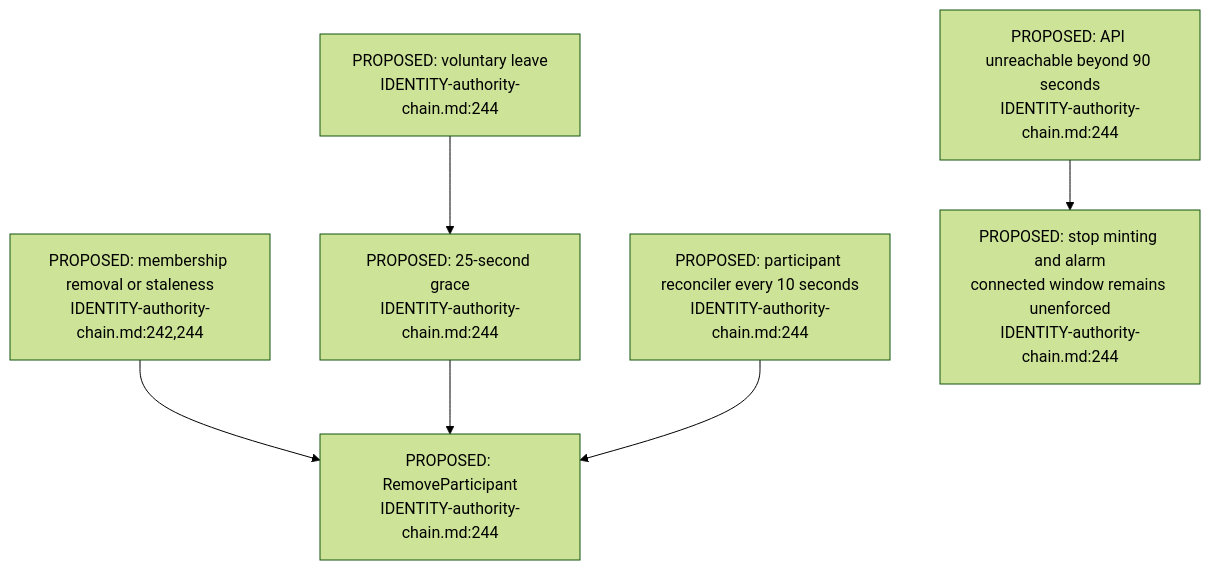
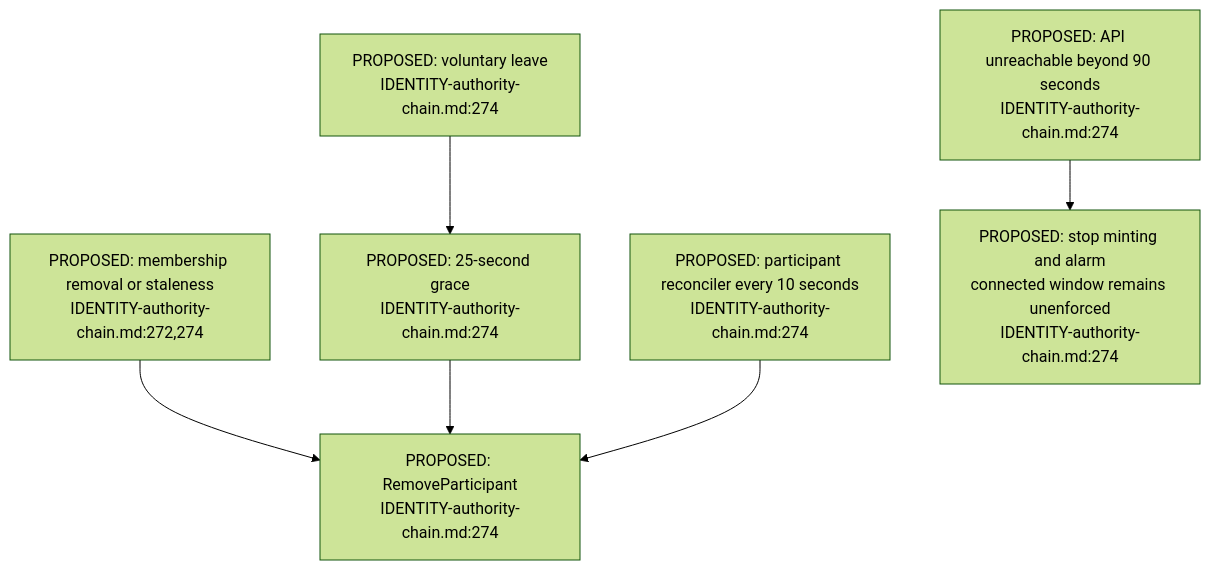
The third of 3 diagrams in docs/diagrams/visionclaw/50-deferred-space-voice.md (DreamLab-AI/VisionFlow), drawn with Mermaid (forest theme) before and after one commit. The commit also changed other lines of this file and 7 other files, not shown here.

First line of the commit message:
diagrams(visionclaw): re-verify VC-43..VC-50 at visionclaw 4900ec6

````diff
--- a/docs/diagrams/visionclaw/50-deferred-space-voice.md
+++ b/docs/diagrams/visionclaw/50-deferred-space-voice.md
@@ -53,8 +53,8 @@
 ```mermaid
 flowchart TD
-    VOL["PROPOSED: voluntary leave<br/>IDENTITY-authority-chain.md:244"] --> GRACE["PROPOSED: 25-second grace<br/>IDENTITY-authority-chain.md:244"]
-    KICK["PROPOSED: membership removal or staleness<br/>IDENTITY-authority-chain.md:242,244"] --> REMOVE["PROPOSED: RemoveParticipant<br/>IDENTITY-authority-chain.md:244"]
+    VOL["PROPOSED: voluntary leave<br/>IDENTITY-authority-chain.md:274"] --> GRACE["PROPOSED: 25-second grace<br/>IDENTITY-authority-chain.md:274"]
+    KICK["PROPOSED: membership removal or staleness<br/>IDENTITY-authority-chain.md:272,274"] --> REMOVE["PROPOSED: RemoveParticipant<br/>IDENTITY-authority-chain.md:274"]
     GRACE --> REMOVE
-    LOOP["PROPOSED: participant reconciler every 10 seconds<br/>IDENTITY-authority-chain.md:244"] --> REMOVE
-    PART["PROPOSED: API unreachable beyond 90 seconds<br/>IDENTITY-authority-chain.md:244"] --> ALARM["PROPOSED: stop minting and alarm<br/>connected window remains unenforced<br/>IDENTITY-authority-chain.md:244"]
+    LOOP["PROPOSED: participant reconciler every 10 seconds<br/>IDENTITY-authority-chain.md:274"] --> REMOVE
+    PART["PROPOSED: API unreachable beyond 90 seconds<br/>IDENTITY-authority-chain.md:274"] --> ALARM["PROPOSED: stop minting and alarm<br/>connected window remains unenforced<br/>IDENTITY-authority-chain.md:274"]
 ```
````
